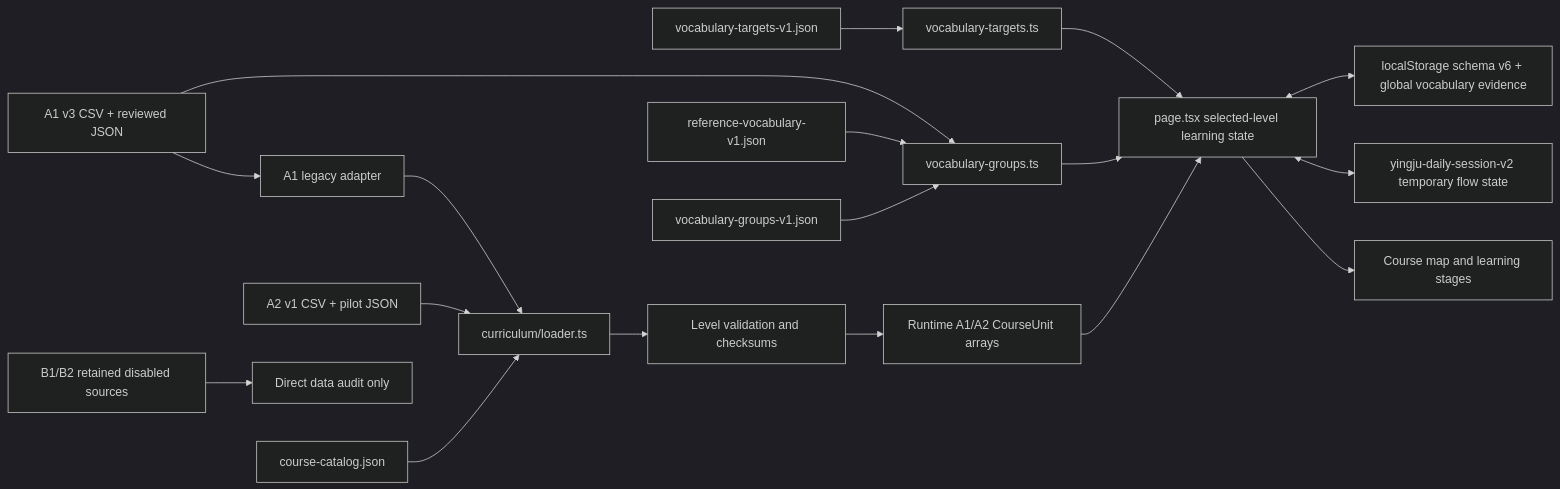
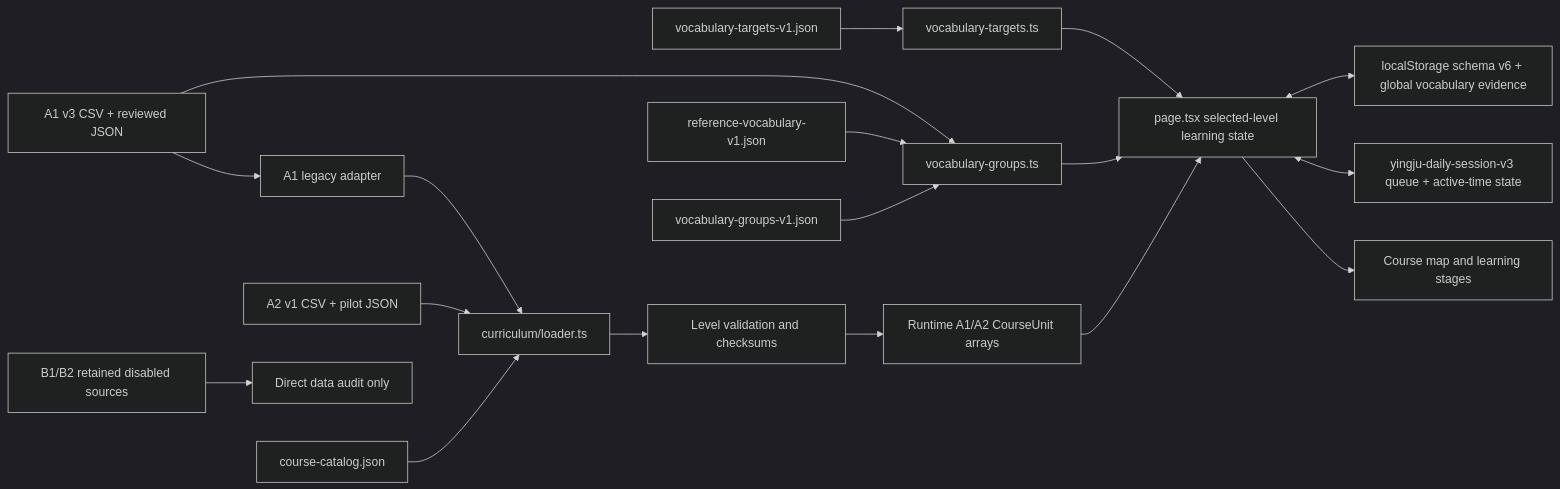
One commit to ej04520yjo4/EnglishWeb changed the first of 2 diagrams in ARCHITECTURE.md. Above: the diagram before and after it, drawn with Mermaid (dark theme). The commit also changed other lines of this file and 15 other files, not shown here.

Commit message:
Harden daily review and session lifecycle

````diff
--- a/ARCHITECTURE.md
+++ b/ARCHITECTURE.md
@@ -9,20 +9,20 @@
 ```mermaid
 flowchart LR
   Catalog["course-catalog.json"] --> LevelLoader["curriculum/loader.ts"]
   A1["A1 v3 CSV + reviewed JSON"] --> Adapter["A1 legacy adapter"]
   A2["A2 v1 CSV + pilot JSON"] --> LevelLoader
   Disabled["B1/B2 retained disabled sources"] --> Audit["Direct data audit only"]
   Groups["vocabulary-groups-v1.json"] --> Vocabulary["vocabulary-groups.ts"]
   Reference["reference-vocabulary-v1.json"] --> Vocabulary
   Targets["vocabulary-targets-v1.json"] --> TargetModule["vocabulary-targets.ts"]
   A1 --> Vocabulary
   Adapter --> LevelLoader
   LevelLoader --> Validate["Level validation and checksums"]
   Validate --> Units["Runtime A1/A2 CourseUnit arrays"]
   Units --> Page["page.tsx selected-level learning state"]
   Vocabulary --> Page
   TargetModule --> Page
   Page <--> Storage["localStorage schema v6 + global vocabulary evidence"]
-  Page <--> DailyStorage["yingju-daily-session-v2 temporary flow state"]
+  Page <--> DailyStorage["yingju-daily-session-v3 queue + active-time state"]
   Page --> UI["Course map and learning stages"]
 ```
````
